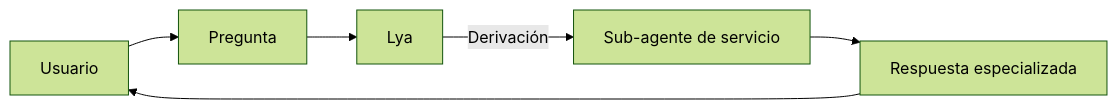
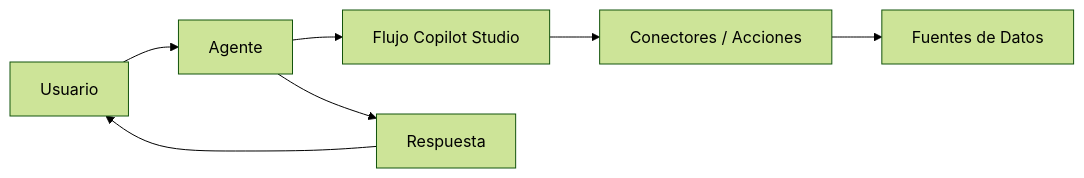
Before and after one commit to lab-innovacion-caf/Agentes: the diagram in README.md, drawn with Mermaid (forest theme). The commit also changed other lines of this file, not shown here.

````diff
--- a/README.md
+++ b/README.md
@@ -69,8 +87,9 @@
 ```mermaid
 flowchart LR
-    U[Usuario] --> P[Pregunta]
-    P --> L[Lya]
-    L -->|Derivación| S[Sub-agente de servicio]
-    S --> R[Respuesta especializada]
+    U[Usuario] --> A[Agente]
+    A --> F[Flujo Copilot Studio]
+    F --> C[Conectores / Acciones]
+    C --> D[Fuentes de Datos]
+    A --> R[Respuesta]
     R --> U
 ```
````
